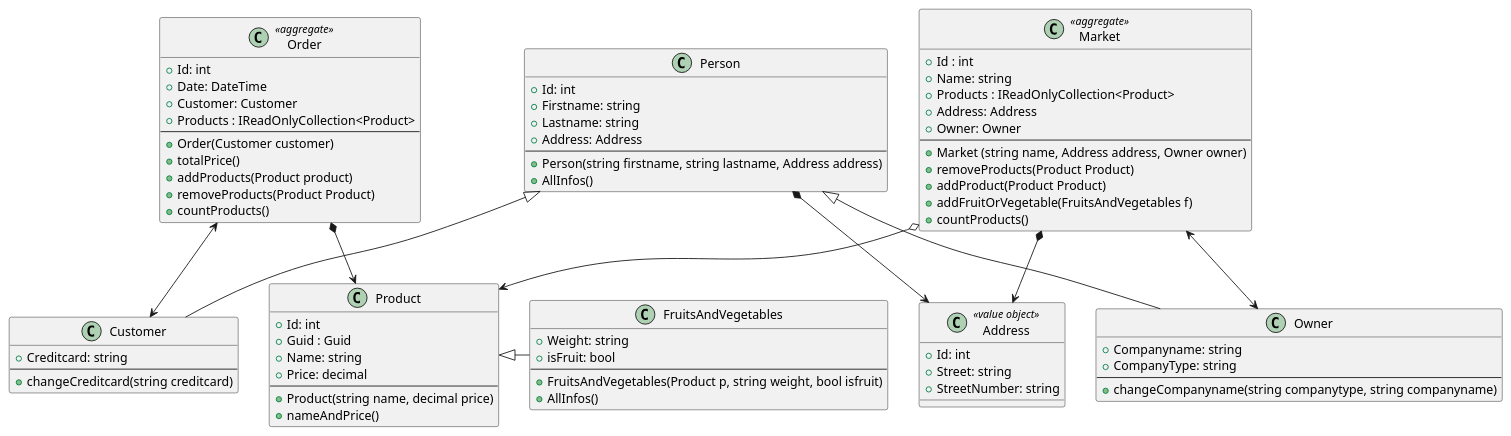
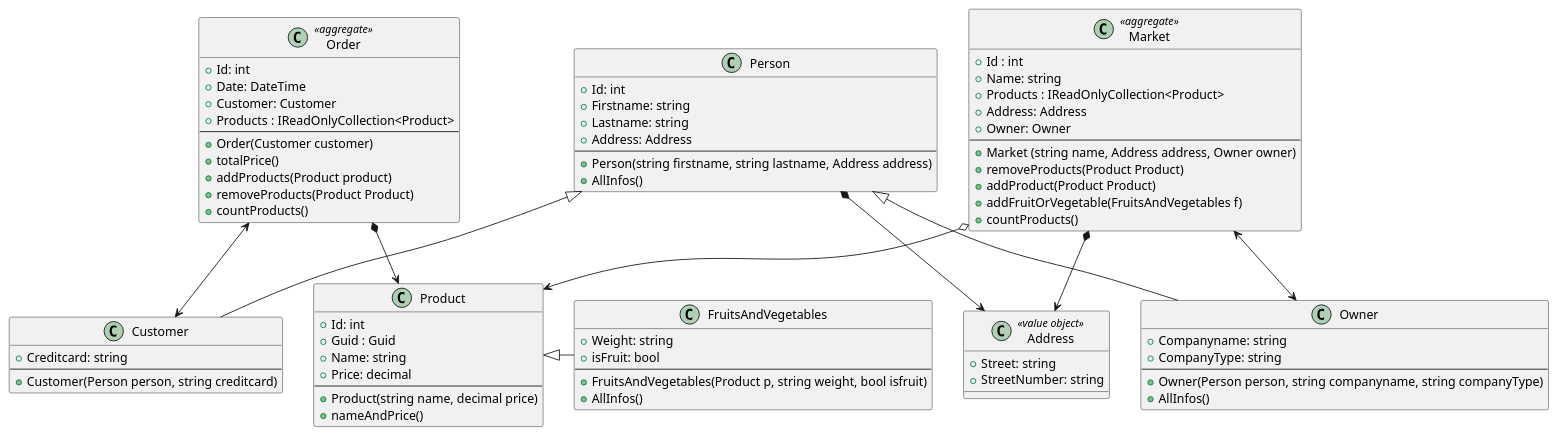
Before and after one commit to Nik22370/Fruitmarket: the diagram in Fruitmarket.puml, drawn with PlantUML. The commit also changed 26 other files, not shown here.

```diff
--- a/Fruitmarket.puml
+++ b/Fruitmarket.puml
@@ -1,84 +1,84 @@
 @startuml
 class Market <<aggregate>>
 {
 + Id : int 
 + Name: string
 + Products : IReadOnlyCollection<Product>
 + Address: Address
 + Owner: Owner
 ---
 + Market (string name, Address address, Owner owner)
 + removeProducts(Product Product)
 + addProduct(Product Product)
 + addFruitOrVegetable(FruitsAndVegetables f)
 + countProducts()
 }
 
 class Person{
     + Id: int
     + Firstname: string
     + Lastname: string
     + Address: Address
     ---
     + Person(string firstname, string lastname, Address address)
     + AllInfos()
 }
 
 class Customer{
     + Creditcard: string
     ---
-    + changeCreditcard(string creditcard)
+    + Customer(Person person, string creditcard)
 }
 class Owner{
     + Companyname: string
     + CompanyType: string
     ---
-    + changeCompanyname(string companytype, string companyname)
+    + Owner(Person person, string companyname, string companyType)
+    + AllInfos()
 }
 class Address <<value object>>{
-    + Id: int
     + Street: string
     + StreetNumber: string
     
 }
 class Product{
     + Id: int
     + Guid : Guid
     + Name: string
     + Price: decimal
     ---
     + Product(string name, decimal price)
     + nameAndPrice()
 }
 class FruitsAndVegetables{
     + Weight: string
     + isFruit: bool
     ---
     + FruitsAndVegetables(Product p, string weight, bool isfruit)
     + AllInfos()
 }
 
 class Order <<aggregate>>{
     + Id: int
     + Date: DateTime
     + Customer: Customer
     + Products : IReadOnlyCollection<Product>
     ---
     + Order(Customer customer)
     + totalPrice()
     + addProducts(Product product)
     + removeProducts(Product Product)
     + countProducts()
 }
 
 
 Owner -up-|> Person
 FruitsAndVegetables -up|> Product
 Customer -up-|> Person
 Market o--> Product
 Market <--> Owner
 Order <--> Customer
 Order *--> Product
 Person *--> Address
 Market *--> Address
 @enduml
```
